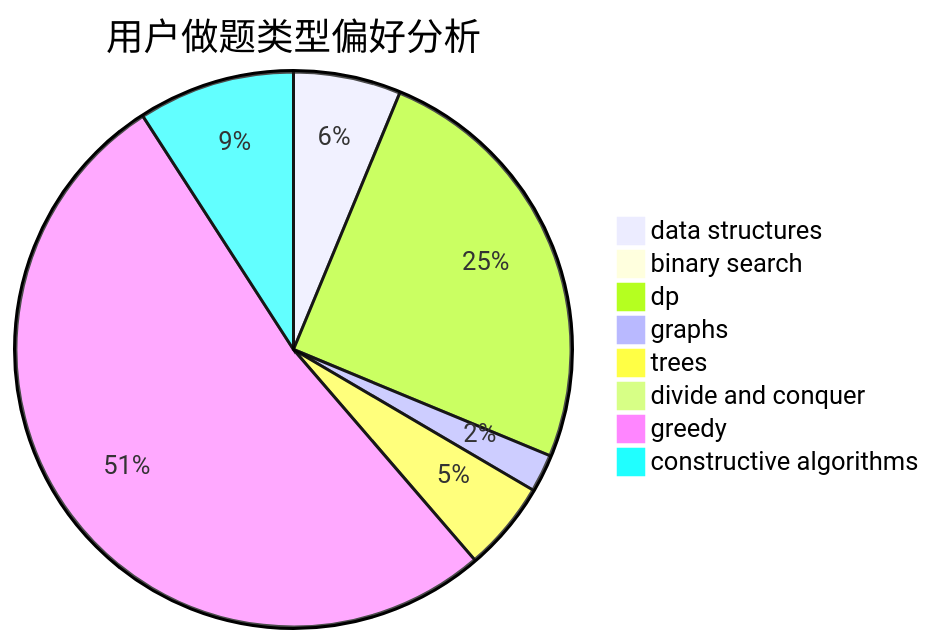
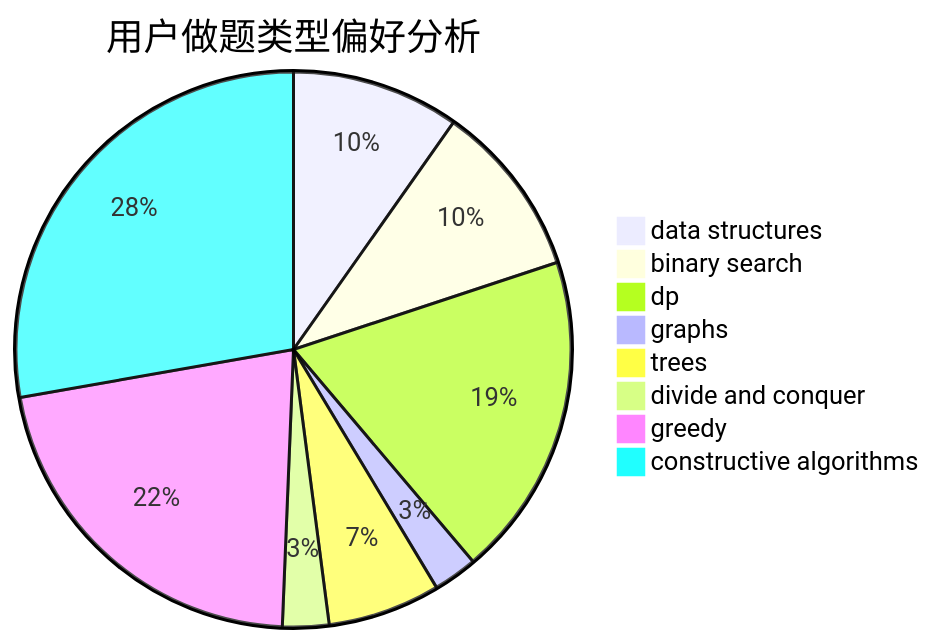
One commit to sherpahu/cfrs.github.io changed the second of 3 diagrams in docs/user/u396.md. Above: the diagram before and after it, drawn with Mermaid. The commit also changed other lines of this file and 2770 other files, not shown here.

````diff
--- a/docs/user/u396.md
+++ b/docs/user/u396.md
@@ -23,11 +23,11 @@
 ```mermaid
 pie title 用户做题类型偏好分析
-    "data structures" :  37
-    "binary search" :  6
-    "dp" :  148
-    "graphs" :  13
-    "trees" :  31
-    "divide and conquer" :  6
-    "greedy" :  309
-    "constructive algorithms" :  54
+    "data structures" :  76
+    "binary search" :  79
+    "dp" :  147
+    "graphs" :  20
+    "trees" :  51
+    "divide and conquer" :  21
+    "greedy" :  168
+    "constructive algorithms" :  216
 ```
````
